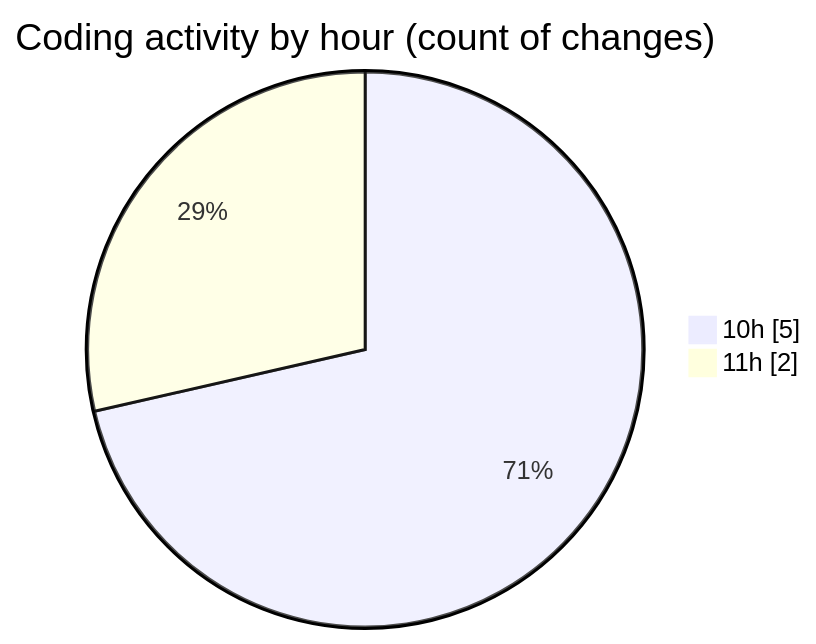
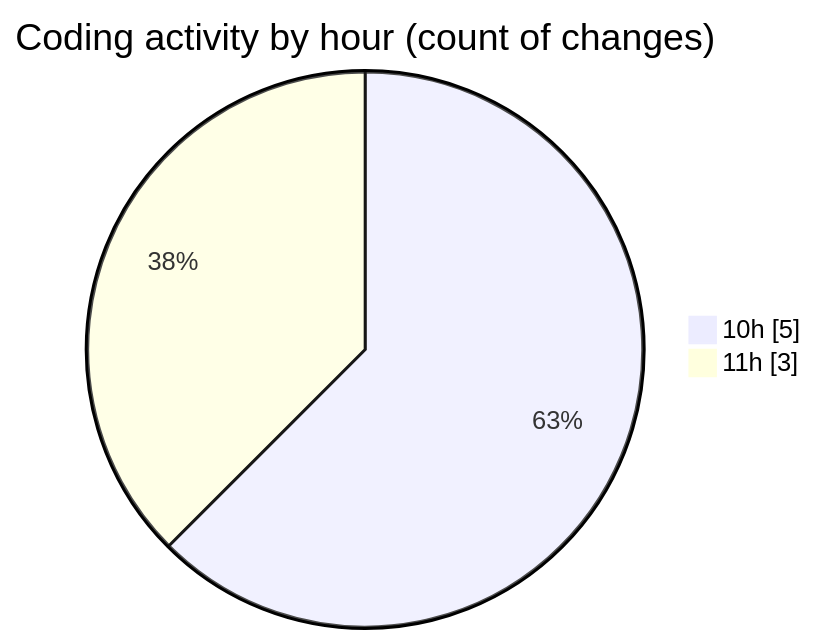
The second of 2 diagrams in 2025-01-29/java/README.md (NitaiMahat/code-tracking), drawn with Mermaid before and after one commit. The commit also changed other lines of this file and 1 other file, not shown here.

````diff
--- a/2025-01-29/java/README.md
+++ b/2025-01-29/java/README.md
@@ -31,6 +32,6 @@
 ```mermaid
 pie showData
 title Coding activity by hour (count of changes)
 "10h" : 5
-"11h" : 2
+"11h" : 3
 ```
````
